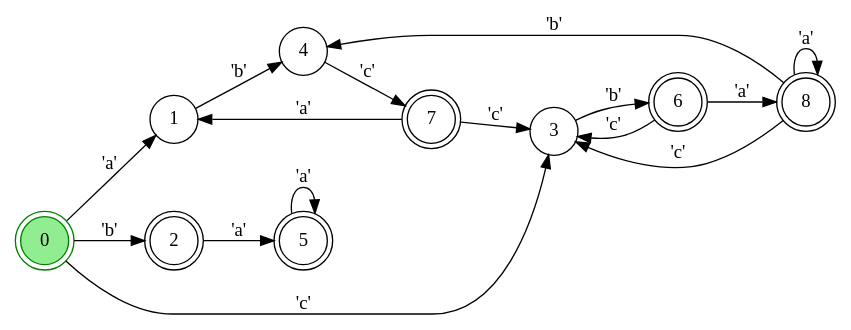
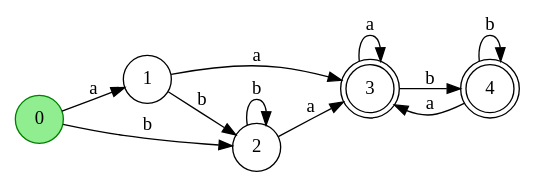
Before and after one commit to EndRiKeR/comp-lab: the diagram in dots/dfa.dot, drawn with Graphviz. The commit also changed 17 other files, not shown here.

```diff
--- a/dots/dfa.dot
+++ b/dots/dfa.dot
@@ -1,28 +1,19 @@
 digraph DFA {
   rankdir=LR;
   node [shape=circle];
   "1" [label="1"] [shape=circle];
-  "2" [label="2"] [shape=doublecircle];
-  "3" [label="3"] [shape=circle];
-  "4" [label="4"] [shape=circle];
-  "5" [label="5"] [shape=doublecircle];
-  "6" [label="6"] [shape=doublecircle];
-  "7" [label="7"] [shape=doublecircle];
-  "8" [label="8"] [shape=doublecircle];
-  "0" [label="0"] [shape=doublecircle,color=green,style=filled,fillcolor=lightgreen];
-  "0" -> "1" [label="'a'"];
-  "0" -> "2" [label="'b'"];
-  "0" -> "3" [label="'c'"];
-  "1" -> "4" [label="'b'"];
-  "2" -> "5" [label="'a'"];
-  "3" -> "6" [label="'b'"];
-  "4" -> "7" [label="'c'"];
-  "5" -> "5" [label="'a'"];
-  "6" -> "8" [label="'a'"];
-  "6" -> "3" [label="'c'"];
-  "7" -> "1" [label="'a'"];
-  "7" -> "3" [label="'c'"];
-  "8" -> "8" [label="'a'"];
-  "8" -> "4" [label="'b'"];
-  "8" -> "3" [label="'c'"];
+  "2" [label="2"] [shape=circle];
+  "3" [label="3"] [shape=doublecircle];
+  "4" [label="4"] [shape=doublecircle];
+  "0" [label="0"] [shape=circle,color=green,style=filled,fillcolor=lightgreen];
+  "0" -> "1" [label="a"];
+  "0" -> "2" [label="b"];
+  "1" -> "3" [label="a"];
+  "1" -> "2" [label="b"];
+  "2" -> "3" [label="a"];
+  "2" -> "2" [label="b"];
+  "3" -> "3" [label="a"];
+  "3" -> "4" [label="b"];
+  "4" -> "3" [label="a"];
+  "4" -> "4" [label="b"];
 }
```
